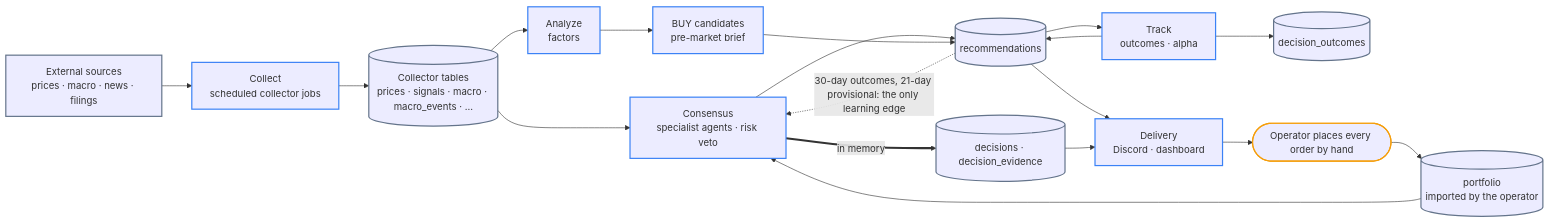
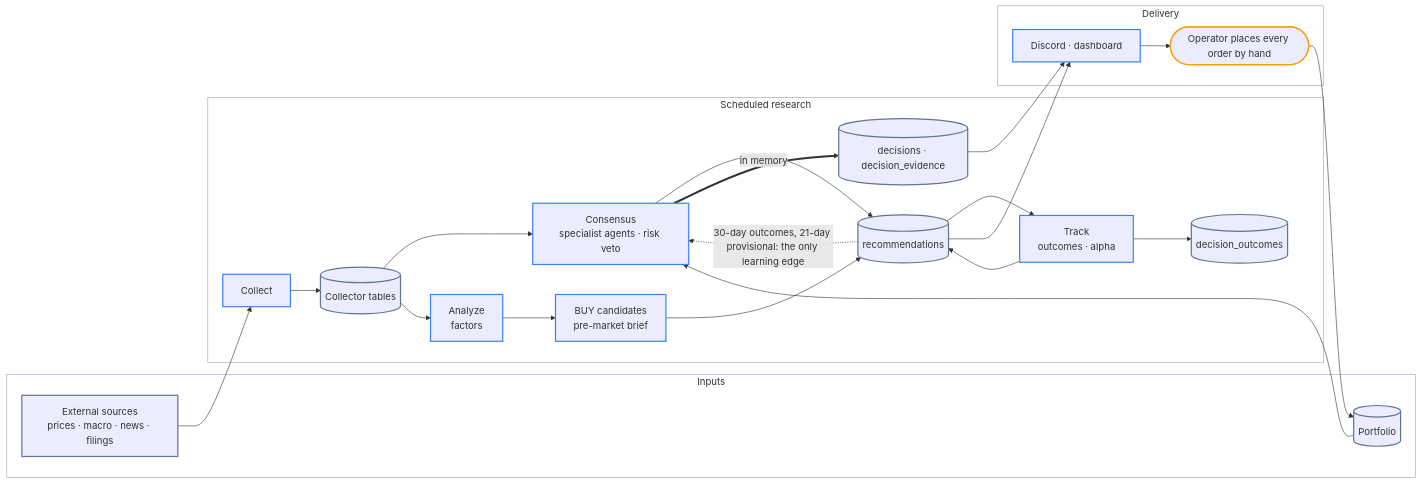
The first of 4 diagrams in docs/ARCHITECTURE.md (researcherhojin/nuri-quant), drawn with Mermaid before and after one commit. The commit also changed other lines of this file and 8 other files, not shown here.

Commit message:
docs: show deployment architecture with SVG diagrams (#2086)

````diff
--- a/docs/ARCHITECTURE.md
+++ b/docs/ARCHITECTURE.md
@@ -13,38 +13,46 @@
 ```mermaid
 flowchart LR
-    SRC["External sources<br/>prices · macro · news · filings"]
-    COL["Collect<br/>scheduled collector jobs"]
-    TAB[("Collector tables<br/>prices · signals · macro · macro_events · …")]
-    PF[("portfolio<br/>imported by the operator")]
-    FAC["Analyze<br/>factors"]
-    CON["Consensus<br/>specialist agents · risk veto"]
-    REC[("recommendations")]
-    DEC[("decisions · decision_evidence")]
-    BUY["BUY candidates<br/>pre-market brief"]
-    TRK["Track<br/>outcomes · alpha"]
-    OUTCOMES[("decision_outcomes")]
-    OUT["Delivery<br/>Discord · dashboard"]
-    YOU(["Operator places every order by hand"])
+    subgraph INPUTS["Inputs"]
+        SRC["External sources<br/>prices · macro · news · filings"]
+        PF[("Portfolio")]
+    end
+    subgraph RESEARCH["Scheduled research"]
+        COL["Collect"]
+        TAB[("Collector tables")]
+        FAC["Analyze<br/>factors"]
+        CON["Consensus<br/>specialist agents · risk veto"]
+        REC[("recommendations")]
+        DEC[("decisions · decision_evidence")]
+        BUY["BUY candidates<br/>pre-market brief"]
+        TRK["Track<br/>outcomes · alpha"]
+        OUTCOMES[("decision_outcomes")]
+    end
+    subgraph DELIVERY["Delivery"]
+        OUT["Discord · dashboard"]
+        YOU(["Operator places every order by hand"])
+    end
 
     SRC --> COL --> TAB
     TAB --> CON
     PF --> CON
     TAB --> FAC --> BUY
     CON --> REC
     CON ==>|in memory| DEC
     BUY --> REC
     REC --> TRK
     TRK --> REC
     TRK --> OUTCOMES
     REC -.->|"30-day outcomes, 21-day provisional: the only learning edge"| CON
     REC --> OUT
     DEC --> OUT
     OUT --> YOU --> PF
 
     classDef step  stroke:#3b82f6,stroke-width:2px
     classDef store stroke:#64748b,stroke-width:2px
     classDef human stroke:#f59e0b,stroke-width:2px
     class COL,FAC,CON,BUY,TRK,OUT step
     class SRC,TAB,PF,REC,DEC,OUTCOMES store
     class YOU human
+    classDef zone fill:none,stroke:#94a3b8,stroke-width:1px
+    class INPUTS,RESEARCH,DELIVERY zone
 ```
````
